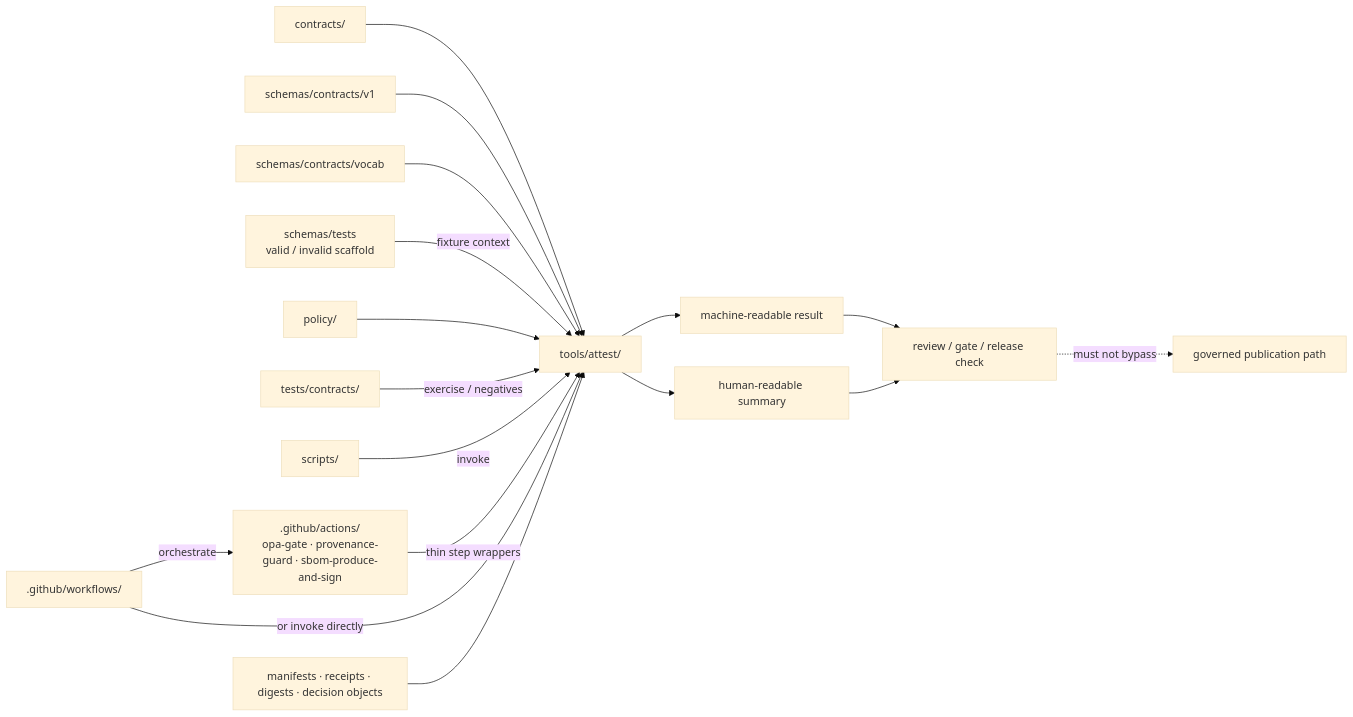
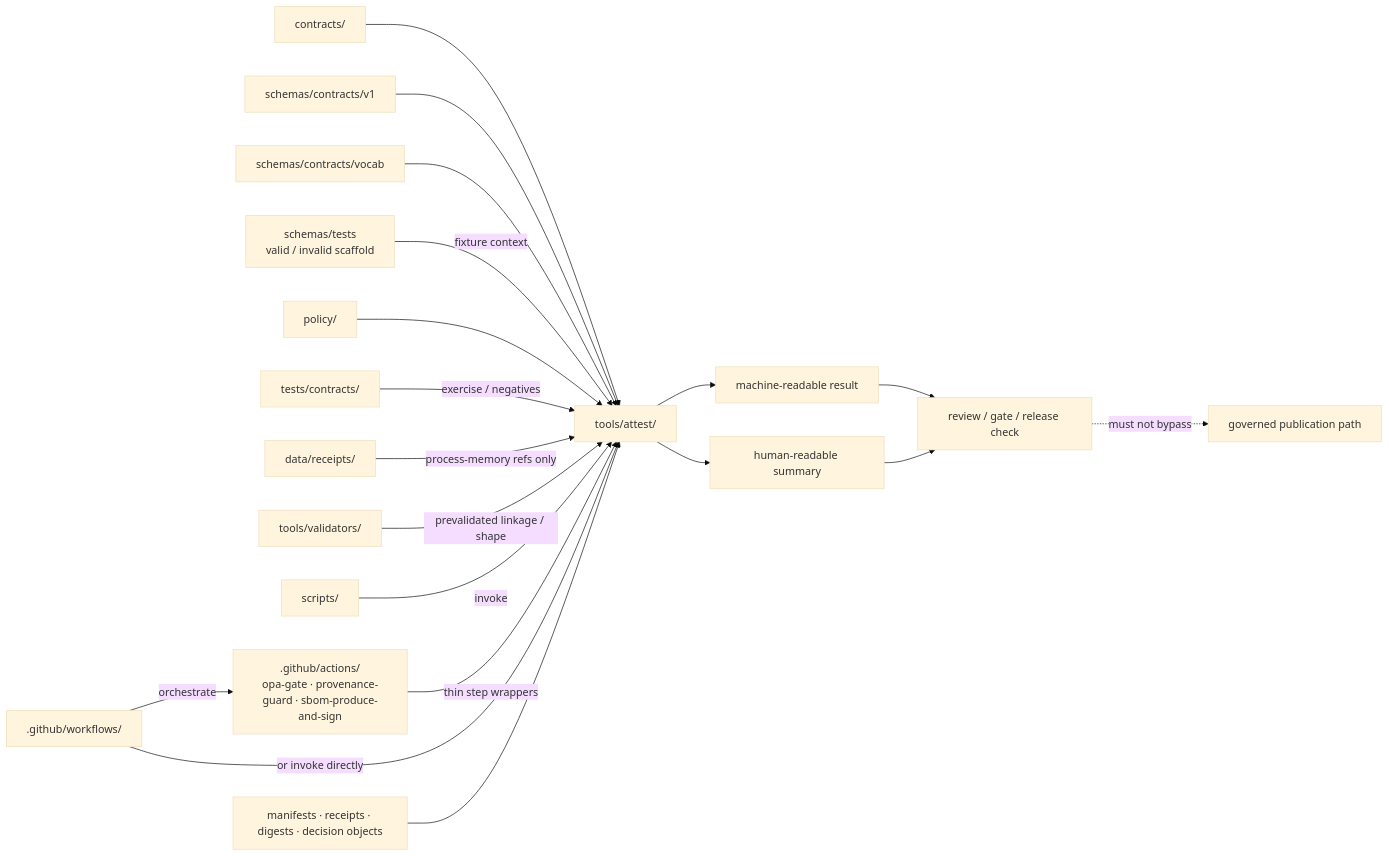
Before and after one commit to bartytime4life/Kansas-Frontier-Matrix: the diagram in tools/attest/README.md, drawn with Mermaid (base theme). The commit also changed other lines of this file, not shown here.

````diff
--- a/tools/attest/README.md
+++ b/tools/attest/README.md
@@ -557,38 +646,42 @@
 ```mermaid
 flowchart LR
   C[contracts/]
   SC[schemas/contracts/v1]
   SV[schemas/contracts/vocab]
   ST[schemas/tests<br/>valid / invalid scaffold]
   P[policy/]
   TC[tests/contracts/]
+  RCP[data/receipts/]
+  V[tools/validators/]
   S[scripts/]
   A[.github/actions/<br/>opa-gate · provenance-guard · sbom-produce-and-sign]
   W[.github/workflows/]
   D[manifests · receipts · digests · decision objects]
   T[tools/attest/]
 
   R[machine-readable result]
   H[human-readable summary]
   G[review / gate / release check]
   U[governed publication path]
 
   C --> T
   SC --> T
   SV --> T
   ST -->|fixture context| T
   P --> T
   TC -->|exercise / negatives| T
+  RCP -->|process-memory refs only| T
+  V -->|prevalidated linkage / shape| T
   S -->|invoke| T
   A -->|thin step wrappers| T
   W -->|orchestrate| A
   W -->|or invoke directly| T
   D --> T
 
   T --> R
   T --> H
   R --> G
   H --> G
 
   G -. must not bypass .-> U
 ```
````
